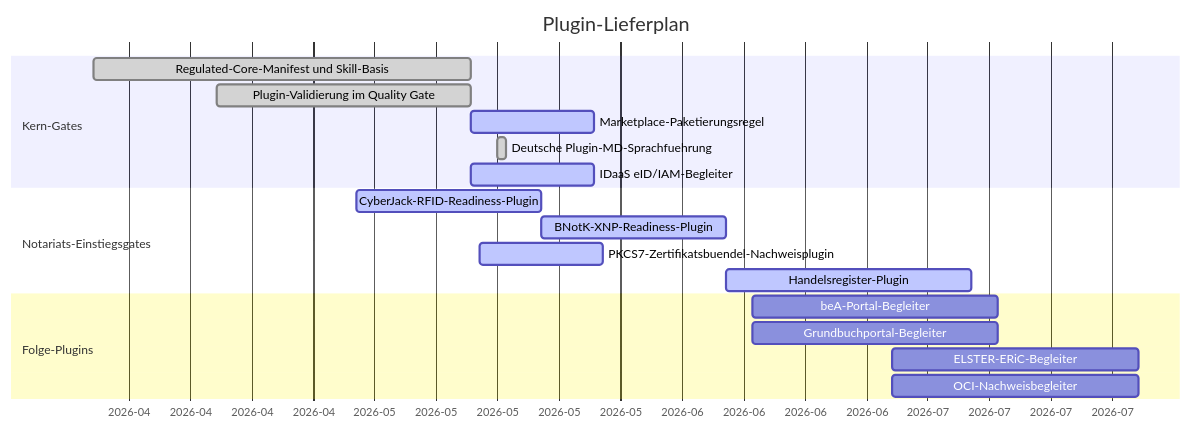
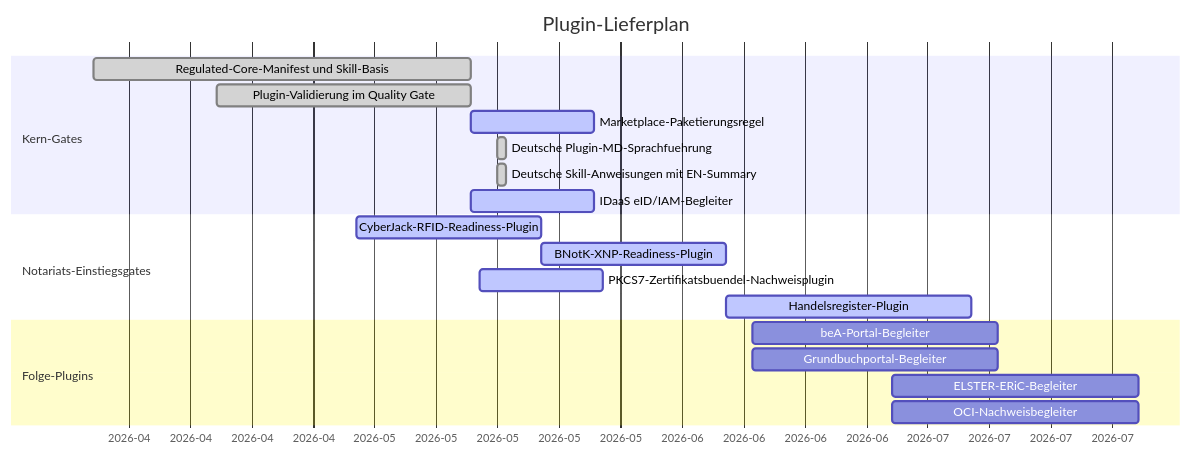
The diagram in plugins/GANTT.md (notariat8/NaC), drawn with Mermaid before and after one commit. The commit also changed other lines of this file and 21 other files, not shown here.

````diff
--- a/plugins/GANTT.md
+++ b/plugins/GANTT.md
@@ -5,25 +5,26 @@
 ```mermaid
 gantt
     title Plugin-Lieferplan
     dateFormat  YYYY-MM-DD
     axisFormat  %Y-%m
 
     section Kern-Gates
     Regulated-Core-Manifest und Skill-Basis    :done,   p1, 2026-04-01, 2026-05-14
     Plugin-Validierung im Quality Gate         :done,   p2, 2026-04-15, 2026-05-14
     Marketplace-Paketierungsregel              :active, p3, 2026-05-14, 14d
     Deutsche Plugin-MD-Sprachfuehrung          :done,   p3a, 2026-05-17, 1d
+    Deutsche Skill-Anweisungen mit EN-Summary   :done,   p3b, 2026-05-17, 1d
     IDaaS eID/IAM-Begleiter                    :active, p4, 2026-05-14, 14d
 
     section Notariats-Einstiegsgates
     CyberJack-RFID-Readiness-Plugin            :active, p5, 2026-05-01, 21d
     BNotK-XNP-Readiness-Plugin                 :active, p6, after p5, 21d
     PKCS7-Zertifikatsbuendel-Nachweisplugin    :active, p6a, 2026-05-15, 14d
     Handelsregister-Plugin                     :active, p7, after p6, 28d
 
     section Folge-Plugins
     beA-Portal-Begleiter                       :        p8, 2026-06-15, 28d
     Grundbuchportal-Begleiter                  :        p9, 2026-06-15, 28d
     ELSTER-ERiC-Begleiter                      :        p10, 2026-07-01, 28d
     OCI-Nachweisbegleiter                      :        p11, 2026-07-01, 28d
 ```
````
